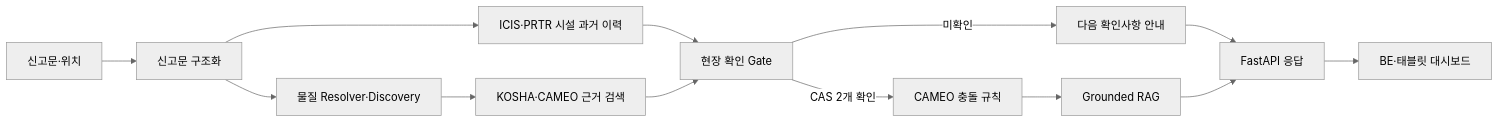
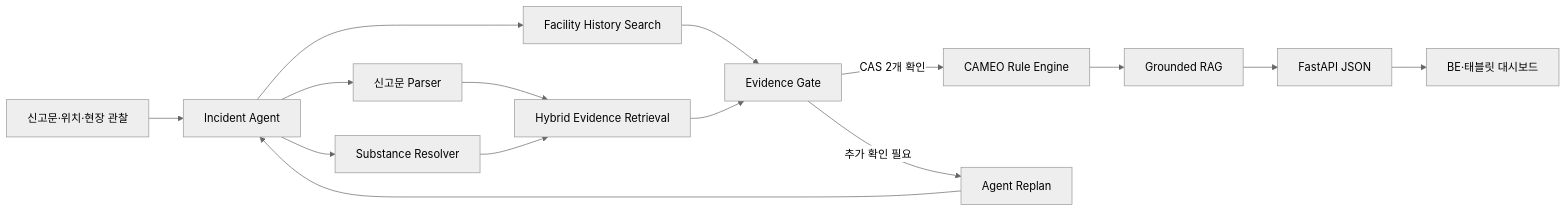
One commit to chemicheck119-lab/analysis-engine changed the diagram in README.md. Above: the diagram before and after it, drawn with Mermaid (neutral theme). The commit also changed other lines of this file, not shown here.

````diff
--- a/README.md
+++ b/README.md
@@ -70,15 +46,17 @@
 ```mermaid
 flowchart LR
-    A["신고문·위치"] --> B["신고문 구조화"]
-    B --> C["물질 Resolver·Discovery"]
-    B --> D["ICIS·PRTR 시설 과거 이력"]
-    C --> E["KOSHA·CAMEO 근거 검색"]
-    D --> F["현장 확인 Gate"]
-    E --> F
-    F -->|"CAS 2개 확인"| G["CAMEO 충돌 규칙"]
-    F -->|"미확인"| H["다음 확인사항 안내"]
-    G --> I["Grounded RAG"]
-    H --> J["FastAPI 응답"]
-    I --> J
-    J --> K["BE·태블릿 대시보드"]
+    A["신고문·위치·현장 관찰"] --> B["Incident Agent"]
+    B --> C["신고문 Parser"]
+    B --> D["Substance Resolver"]
+    B --> E["Facility History Search"]
+    C --> F["Hybrid Evidence Retrieval"]
+    D --> F
+    E --> G["Evidence Gate"]
+    F --> G
+    G -->|"CAS 2개 확인"| H["CAMEO Rule Engine"]
+    G -->|"추가 확인 필요"| I["Agent Replan"]
+    I --> B
+    H --> J["Grounded RAG"]
+    J --> K["FastAPI JSON"]
+    K --> L["BE·태블릿 대시보드"]
 ```
````
